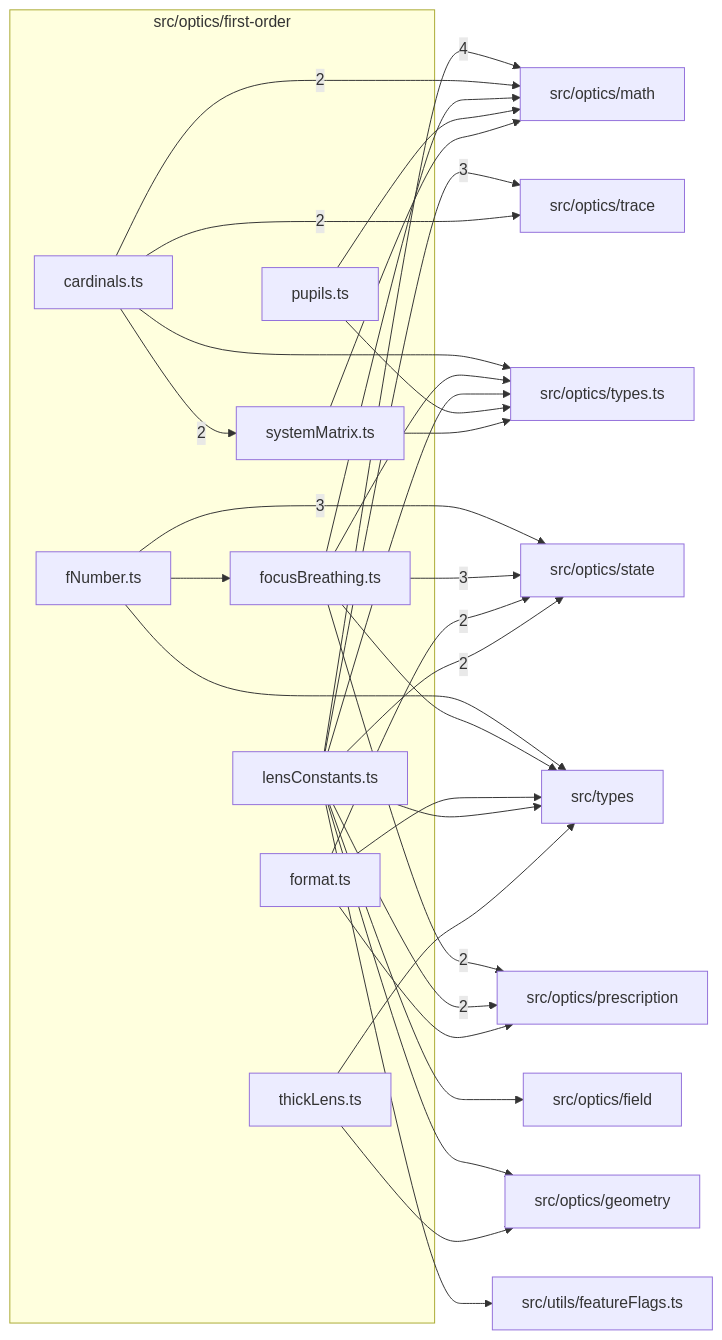
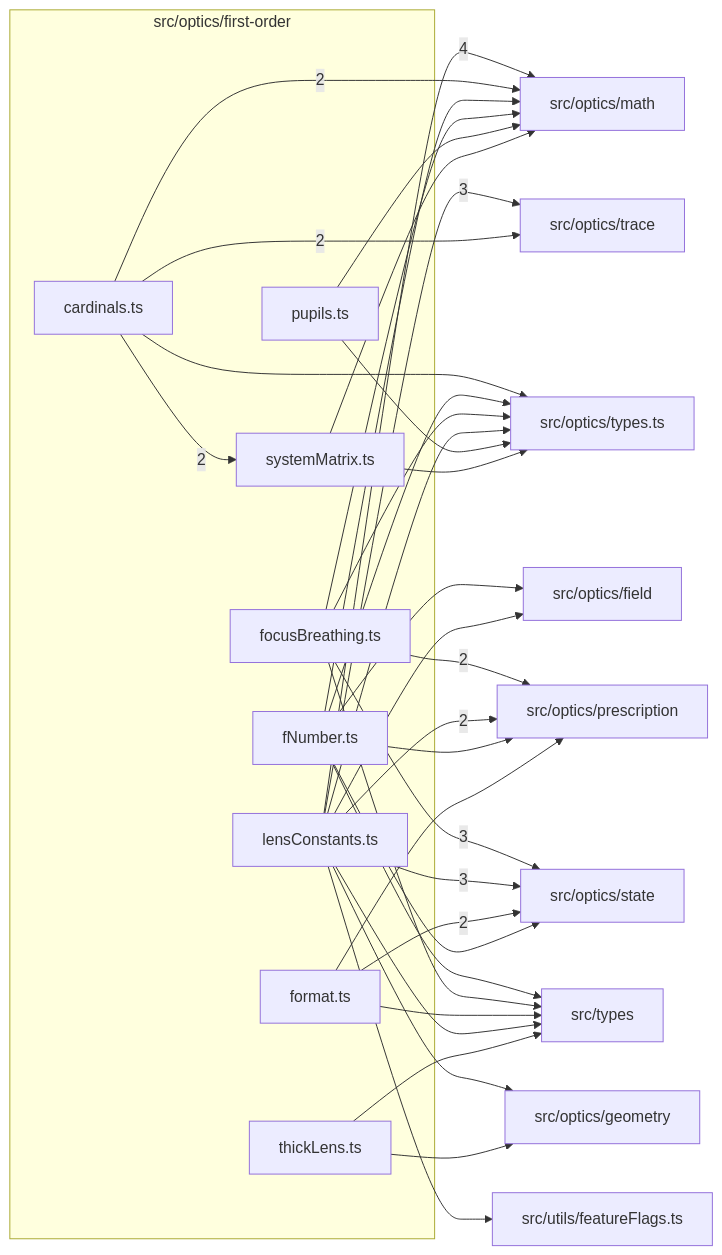
Before and after one commit to ronbuening/LensVisualizer: the diagram in src/optics/first-order/readme.md, drawn with Mermaid. The commit also changed other lines of this file and 72 other files, not shown here.

````diff
--- a/src/optics/first-order/readme.md
+++ b/src/optics/first-order/readme.md
@@ -9,52 +9,55 @@
 ```mermaid
 flowchart LR
   subgraph n_src_optics_first_order["src/optics/first-order"]
     n_src_optics_first_order_src_optics_first_order_cardinals_ts["cardinals.ts"]
     n_src_optics_first_order_src_optics_first_order_fNumber_ts["fNumber.ts"]
     n_src_optics_first_order_src_optics_first_order_focusBreathing_ts["focusBreathing.ts"]
     n_src_optics_first_order_src_optics_first_order_format_ts["format.ts"]
     n_src_optics_first_order_src_optics_first_order_lensConstants_ts["lensConstants.ts"]
     n_src_optics_first_order_src_optics_first_order_pupils_ts["pupils.ts"]
     n_src_optics_first_order_src_optics_first_order_systemMatrix_ts["systemMatrix.ts"]
     n_src_optics_first_order_src_optics_first_order_thickLens_ts["thickLens.ts"]
   end
   n_external_src_optics_math["src/optics/math"]
   n_external_src_optics_state["src/optics/state"]
   n_external_src_optics_trace["src/optics/trace"]
   n_external_src_optics_prescription["src/optics/prescription"]
   n_external_src_optics_field["src/optics/field"]
   n_external_src_optics_geometry["src/optics/geometry"]
   n_external_src_optics_types_ts["src/optics/types.ts"]
   n_external_src_types["src/types"]
   n_external_src_utils_featureFlags_ts["src/utils/featureFlags.ts"]
   n_src_optics_first_order_src_optics_first_order_lensConstants_ts --> |4| n_external_src_optics_math
-  n_src_optics_first_order_src_optics_first_order_fNumber_ts --> |3| n_external_src_optics_state
   n_src_optics_first_order_src_optics_first_order_focusBreathing_ts --> |3| n_external_src_optics_state
+  n_src_optics_first_order_src_optics_first_order_lensConstants_ts --> |3| n_external_src_optics_state
   n_src_optics_first_order_src_optics_first_order_lensConstants_ts --> |3| n_external_src_optics_trace
   n_src_optics_first_order_src_optics_first_order_cardinals_ts --> |2| n_external_src_optics_math
   n_src_optics_first_order_src_optics_first_order_focusBreathing_ts --> |2| n_external_src_optics_prescription
   n_src_optics_first_order_src_optics_first_order_lensConstants_ts --> |2| n_external_src_optics_prescription
   n_src_optics_first_order_src_optics_first_order_format_ts --> |2| n_external_src_optics_state
-  n_src_optics_first_order_src_optics_first_order_lensConstants_ts --> |2| n_external_src_optics_state
   n_src_optics_first_order_src_optics_first_order_cardinals_ts --> |2| n_external_src_optics_trace
   n_src_optics_first_order_src_optics_first_order_cardinals_ts --> |2| n_src_optics_first_order_src_optics_first_order_systemMatrix_ts
+  n_src_optics_first_order_src_optics_first_order_fNumber_ts --> n_external_src_optics_field
   n_src_optics_first_order_src_optics_first_order_lensConstants_ts --> n_external_src_optics_field
   n_src_optics_first_order_src_optics_first_order_lensConstants_ts --> n_external_src_optics_geometry
   n_src_optics_first_order_src_optics_first_order_thickLens_ts --> n_external_src_optics_geometry
+  n_src_optics_first_order_src_optics_first_order_fNumber_ts --> n_external_src_optics_math
   n_src_optics_first_order_src_optics_first_order_focusBreathing_ts --> n_external_src_optics_math
   n_src_optics_first_order_src_optics_first_order_pupils_ts --> n_external_src_optics_math
   n_src_optics_first_order_src_optics_first_order_systemMatrix_ts --> n_external_src_optics_math
+  n_src_optics_first_order_src_optics_first_order_fNumber_ts --> n_external_src_optics_prescription
   n_src_optics_first_order_src_optics_first_order_format_ts --> n_external_src_optics_prescription
+  n_src_optics_first_order_src_optics_first_order_fNumber_ts --> n_external_src_optics_state
   n_src_optics_first_order_src_optics_first_order_cardinals_ts --> n_external_src_optics_types_ts
+  n_src_optics_first_order_src_optics_first_order_fNumber_ts --> n_external_src_optics_types_ts
   n_src_optics_first_order_src_optics_first_order_focusBreathing_ts --> n_external_src_optics_types_ts
   n_src_optics_first_order_src_optics_first_order_lensConstants_ts --> n_external_src_optics_types_ts
   n_src_optics_first_order_src_optics_first_order_pupils_ts --> n_external_src_optics_types_ts
   n_src_optics_first_order_src_optics_first_order_systemMatrix_ts --> n_external_src_optics_types_ts
   n_src_optics_first_order_src_optics_first_order_fNumber_ts --> n_external_src_types
   n_src_optics_first_order_src_optics_first_order_focusBreathing_ts --> n_external_src_types
   n_src_optics_first_order_src_optics_first_order_format_ts --> n_external_src_types
   n_src_optics_first_order_src_optics_first_order_lensConstants_ts --> n_external_src_types
   n_src_optics_first_order_src_optics_first_order_thickLens_ts --> n_external_src_types
   n_src_optics_first_order_src_optics_first_order_lensConstants_ts --> n_external_src_utils_featureFlags_ts
-  n_src_optics_first_order_src_optics_first_order_fNumber_ts --> n_src_optics_first_order_src_optics_first_order_focusBreathing_ts
 ```
````
